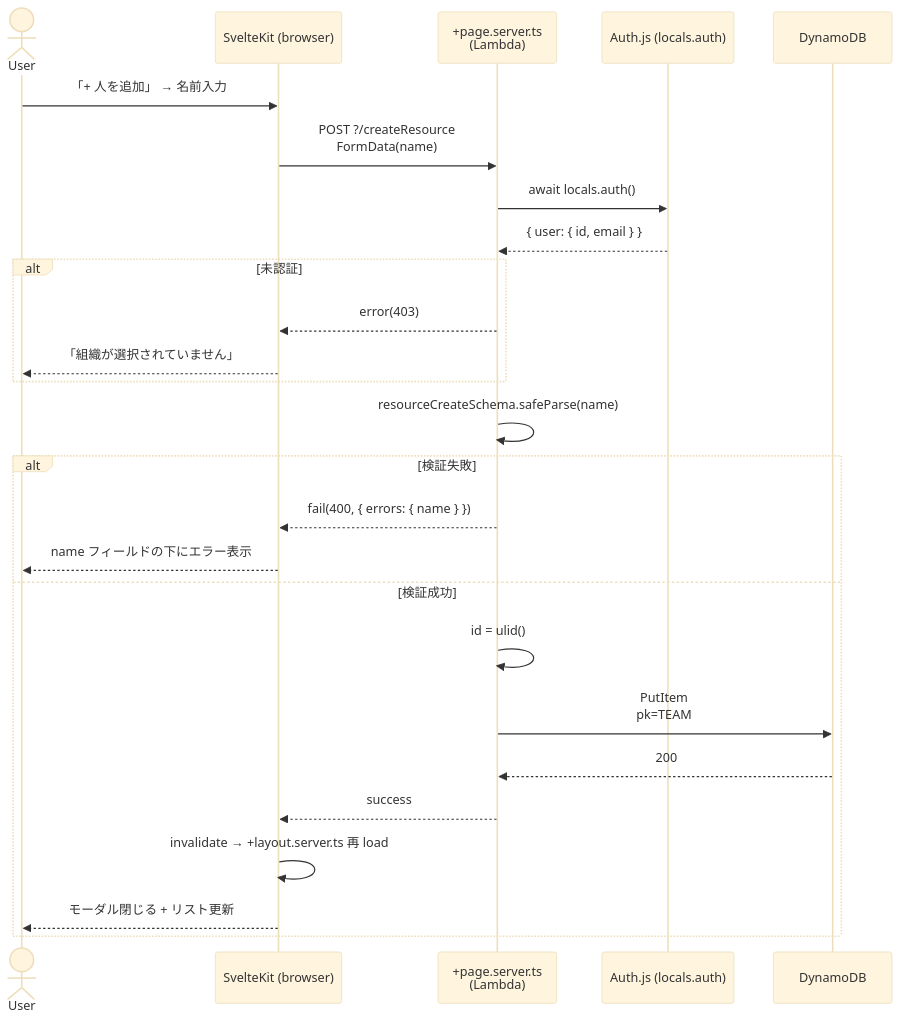
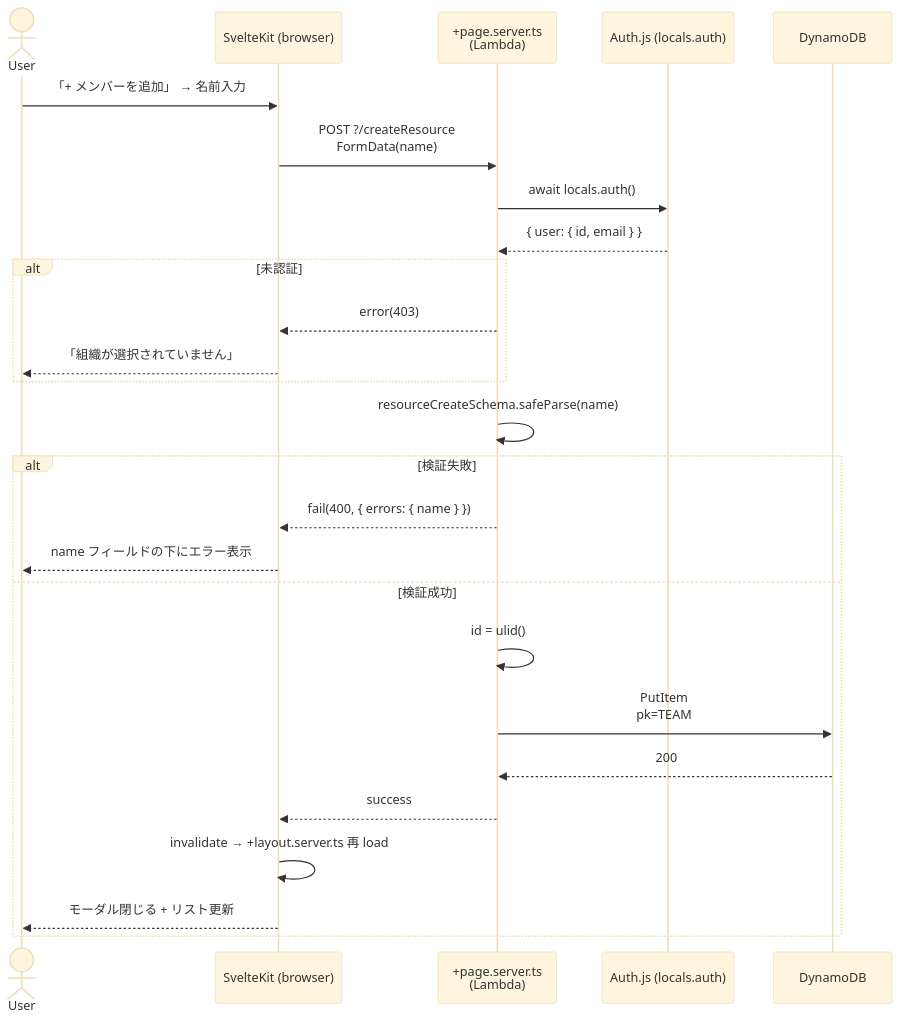
The first of 9 diagrams in docs/use-cases.md (tommykey-apps/resource-planner), drawn with Mermaid (base theme) before and after one commit. The commit also changed other lines of this file and 36 other files, not shown here.

````diff
--- a/docs/use-cases.md
+++ b/docs/use-cases.md
@@ -56,30 +56,30 @@
 ```mermaid
 sequenceDiagram
     actor User
     participant SK as SvelteKit (browser)
     participant Server as +page.server.ts<br/>(Lambda)
     participant AuthJs as Auth.js (locals.auth)
     participant DDB as DynamoDB
 
-    User->>SK: 「+ 人を追加」 → 名前入力
+    User->>SK: 「+ メンバーを追加」 → 名前入力
     SK->>Server: POST ?/createResource<br/>FormData(name)
     Server->>AuthJs: await locals.auth()
     AuthJs-->>Server: { user: { id, email } }
     alt 未認証
         Server-->>SK: error(403)
         SK-->>User: 「組織が選択されていません」
     end
 
     Server->>Server: resourceCreateSchema.safeParse(name)
     alt 検証失敗
         Server-->>SK: fail(400, { errors: { name } })
         SK-->>User: name フィールドの下にエラー表示
     else 検証成功
         Server->>Server: id = ulid()
         Server->>DDB: PutItem<br/>pk=TEAM#{teamId}, sk=RES#{id},<br/>ConditionExpression: attribute_not_exists(sk)
         DDB-->>Server: 200
         Server-->>SK: success
         SK->>SK: invalidate → +layout.server.ts 再 load
         SK-->>User: モーダル閉じる + リスト更新
     end
 ```
````
